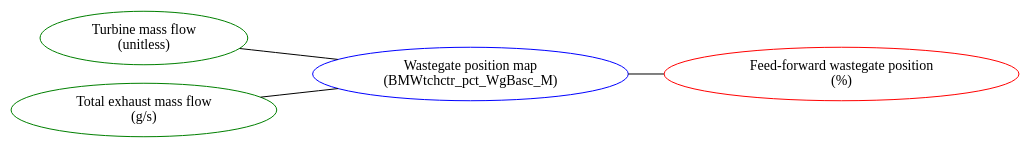
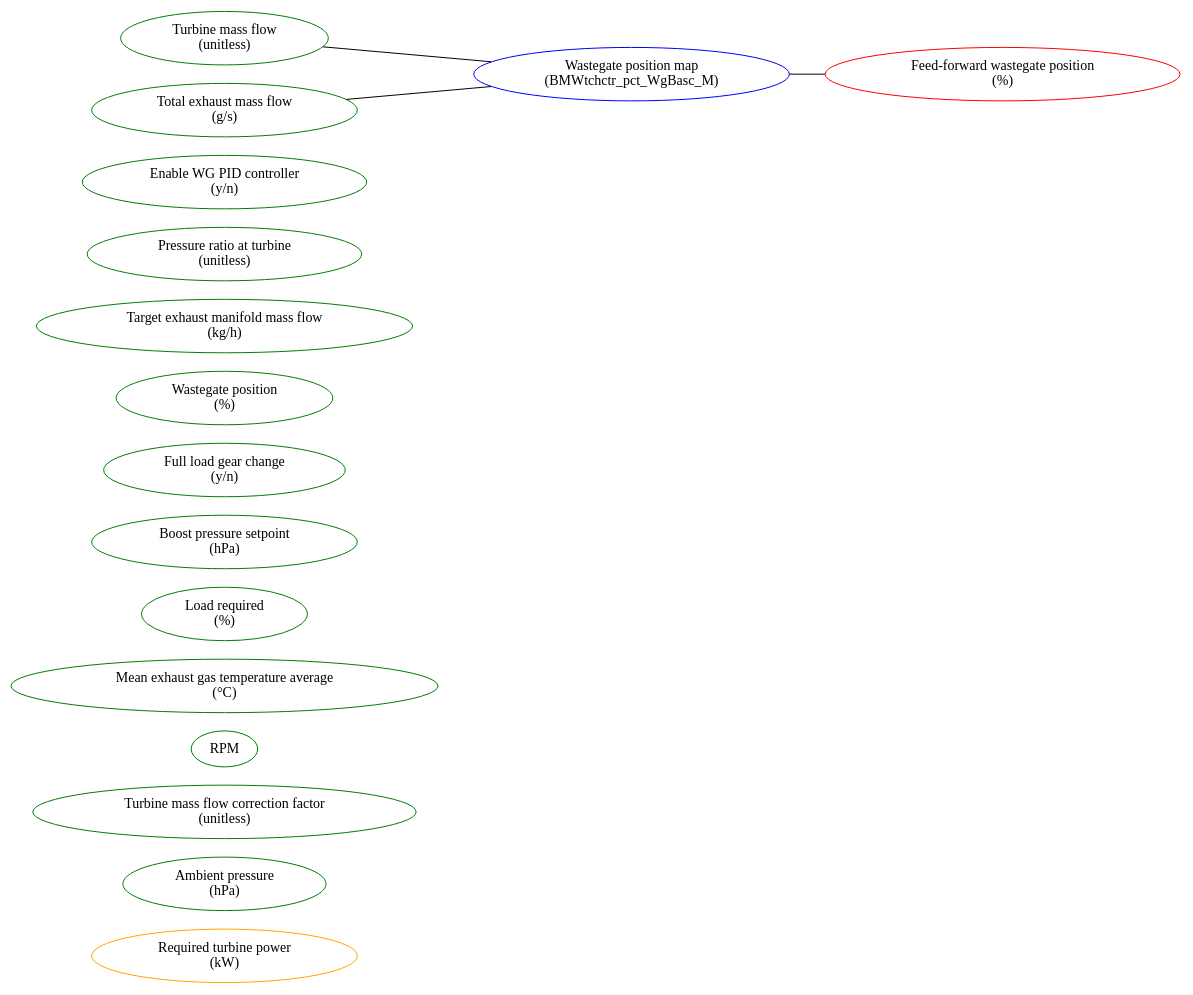
The diagram in src/main/resources/wg-basc.dot (jtownson/xdfbinext), drawn with Graphviz before and after one commit. The commit also changed 22 other files, not shown here.

```diff
--- a/src/main/resources/wg-basc.dot
+++ b/src/main/resources/wg-basc.dot
@@ -1,14 +1,27 @@
 graph "wgbasc" {
     graph ["rankdir" = "LR"]
+
+    BMWtchctr_pwr_Trb_uw [label="Required turbine power\n(kW)",color="orange"]
+    Pumg [label="Ambient pressure\n(hPa)",color="green"]
+    F_msturb_kor_inv [label="Turbine mass flow correction factor\n(unitless)",color="green"]
+    Nkw [label="RPM",color="green"]
+    Tabg_mw [label="Mean exhaust gas temperature average\n(°C)",color="green"]
+    Rf [label="Load required\n(%)",color="green"]
+    BMWtchsp_p_ReqDyn_sw [label="Boost pressure setpoint\n(hPa)",color="green"]
+    BMWtchbas_b_FlGc_bo [label="Full load gear change\n(y/n)",color="green"]
+    BMWtchctr_pct_WgRaw_uw [label="Wastegate position\n(%)",color="green"]
+    BMWtchsp_mf_Ex_uw [label="Target exhaust manifold mass flow\n(kg/h)",color="green"]
+    BMWtchctr_rat_p_Trb_uw [label="Pressure ratio at turbine\n(unitless)",color="green"]
+    BMWtchco_b_ClcCtlr_bo [label="Enable WG PID controller\n(y/n)",color="green"]
 
     "Turbine flow fraction" [label="Turbine mass flow\n(unitless)","color"="green"]
     "Total exhaust mass flow" [label="Total exhaust mass flow\n(g/s)","color"="green"]
 
     "Wastegate position" [label="Wastegate position map\n(BMWtchctr_pct_WgBasc_M)",color="blue"]
 
     "Feed-forward wastegate position" [label="Feed-forward wastegate position\n(%)",color="red"]
 
     "Turbine flow fraction" -- "Wastegate position"
     "Total exhaust mass flow" -- "Wastegate position"
     "Wastegate position" -- "Feed-forward wastegate position"
 }
```
